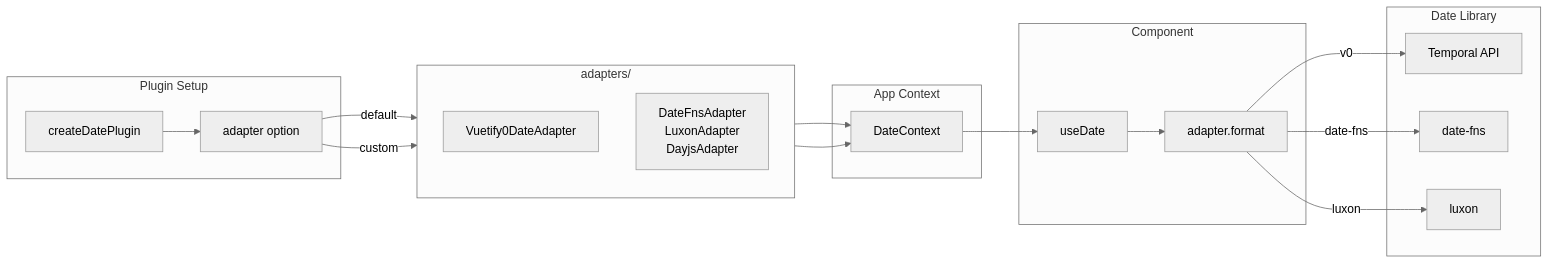
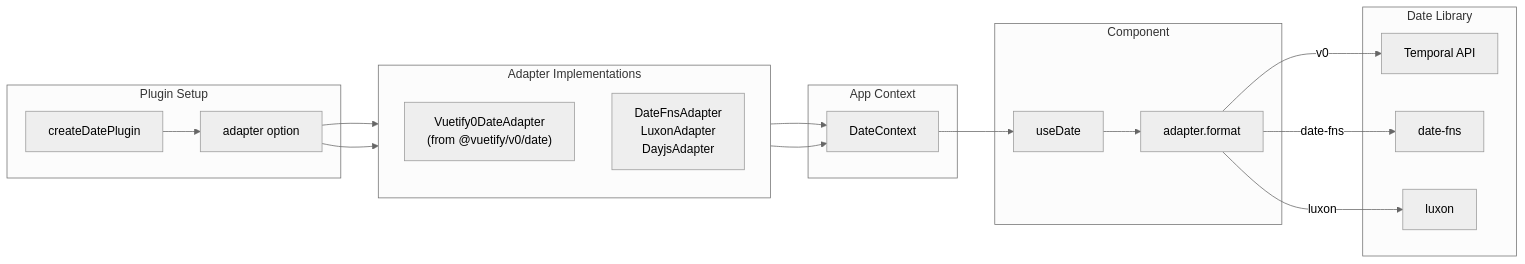
Before and after one commit to vuetifyjs/0: the diagram in apps/docs/src/pages/composables/plugins/use-date.md, drawn with Mermaid (neutral theme). The commit also changed other lines of this file and 65 other files, not shown here.

````diff
--- a/apps/docs/src/pages/composables/plugins/use-date.md
+++ b/apps/docs/src/pages/composables/plugins/use-date.md
@@ -277,39 +286,39 @@
 ```mermaid "Adapter Pattern Flow"
 flowchart LR
   subgraph Setup["Plugin Setup"]
     plugin["createDatePlugin"]
     opts["adapter option"]
   end
 
-  subgraph Adapters["adapters/"]
+  subgraph Adapters["Adapter Implementations"]
     direction TB
-    v0["Vuetify0DateAdapter"]
+    v0["Vuetify0DateAdapter<br/>(from @vuetify/v0/date)"]
     custom["DateFnsAdapter<br/>LuxonAdapter<br/>DayjsAdapter"]
   end
 
   subgraph Provided["App Context"]
     ctx["DateContext"]
   end
 
   subgraph Comp["Component"]
     use["useDate"]
     invoke["adapter.format"]
   end
 
   subgraph Library["Date Library"]
     temporal["Temporal API"]
     datefns["date-fns"]
     luxon["luxon"]
   end
 
   plugin --> opts
-  opts -->|default| v0
-  opts -->|custom| custom
+  opts --> v0
+  opts --> custom
   v0 --> ctx
   custom --> ctx
   ctx --> use
   use --> invoke
   invoke -->|v0| temporal
   invoke -->|date-fns| datefns
   invoke -->|luxon| luxon
 ```
````
